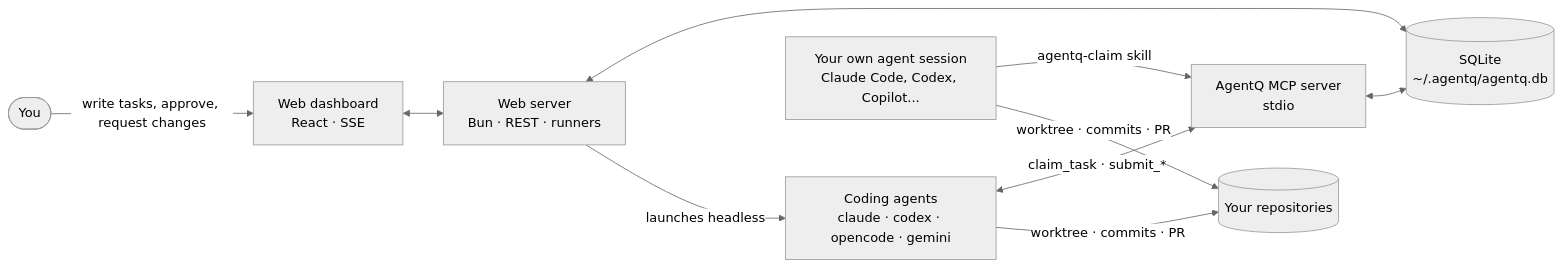
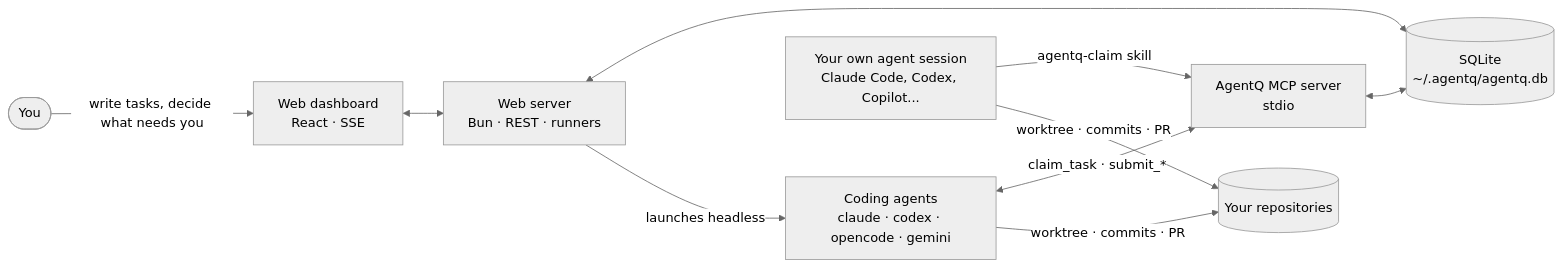
One commit to sergiowero/agent-task-queue changed the first of 3 diagrams in README.md. Above: the diagram before and after it, drawn with Mermaid (neutral theme). The commit also changed other lines of this file and 1 other file, not shown here.

First line of the commit message:
docs: describe the L2 flow, escalations and the current portal

````diff
--- a/README.md
+++ b/README.md
@@ -62,12 +63,12 @@
 ```mermaid
 flowchart LR
-    you([You]) -->|write tasks, approve, request changes| ui["Web dashboard<br/>React · SSE"]
+    you([You]) -->|write tasks, decide what needs you| ui["Web dashboard<br/>React · SSE"]
     ui <--> server["Web server<br/>Bun · REST · runners"]
     server <--> db[("SQLite<br/>~/.agentq/agentq.db")]
     server -->|launches headless| agents["Coding agents<br/>claude · codex · opencode · gemini"]
     ide["Your own agent session<br/>Claude Code, Codex, Copilot..."] -->|agentq-claim skill| mcp
     agents <-->|claim_task · submit_*| mcp["AgentQ MCP server<br/>stdio"]
     mcp <--> db
     agents -->|worktree · commits · PR| repo[("Your repositories")]
     ide -->|worktree · commits · PR| repo
 ```
````
